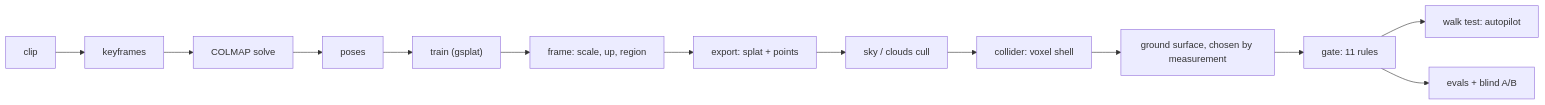
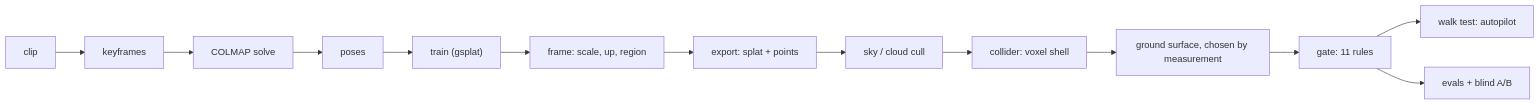
Before and after one commit to krisgarg25/Drone_Phone_video_to_playable_3d_world: the diagram in README.md, drawn with Mermaid. The commit also changed other lines of this file and 5 other files, not shown here.

````diff
--- a/README.md
+++ b/README.md
@@ -81,15 +111,15 @@
 ```mermaid
 flowchart LR
   A[clip] --> B[keyframes]
   B --> C[COLMAP solve]
   C --> D[poses]
   D --> E["train (gsplat)"]
   E --> F["frame: scale, up, region"]
   F --> G["export: splat + points"]
-  G --> H["sky / clouds cull"]
+  G --> H["sky / cloud cull"]
   H --> I["collider: voxel shell"]
   I --> J["ground surface, chosen by measurement"]
   J --> K["gate: 11 rules"]
   K --> L["walk test: autopilot"]
   K --> M["evals + blind A/B"]
 ```
````
